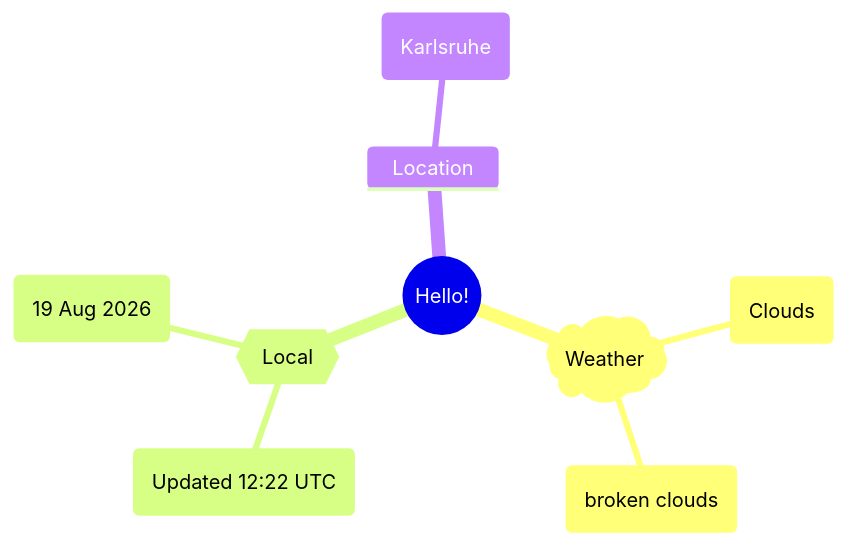
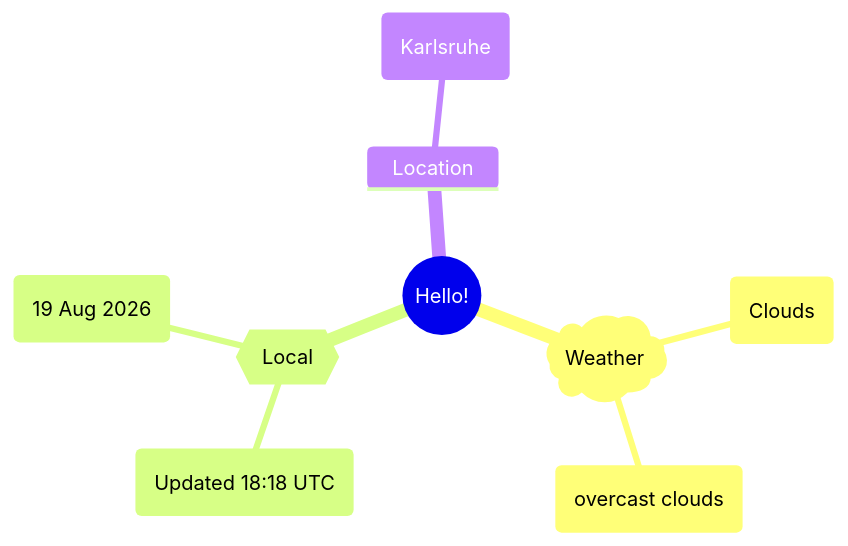
Before and after one commit to Xosrov/Xosrov: the first of 2 diagrams in README.md, drawn with Mermaid.

Commit message:
[bot] updated images

````diff
--- a/README.md
+++ b/README.md
@@ -3,12 +3,12 @@
 ```mermaid
 mindmap
   root((Hello!))
     )Weather(
         (Clouds)
-        (broken clouds)
+        (overcast clouds)
     {{Local}}
-        (Updated 12:22 UTC)
+        (Updated 18:18 UTC)
         (19 Aug 2026)
     Location
         (Karlsruhe)
 ```
````
